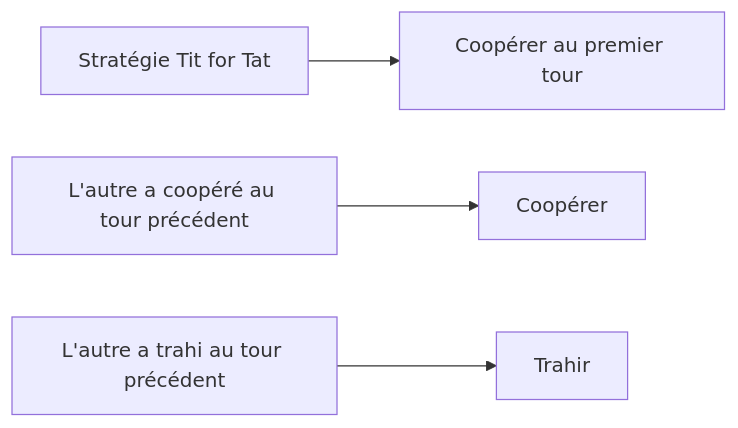
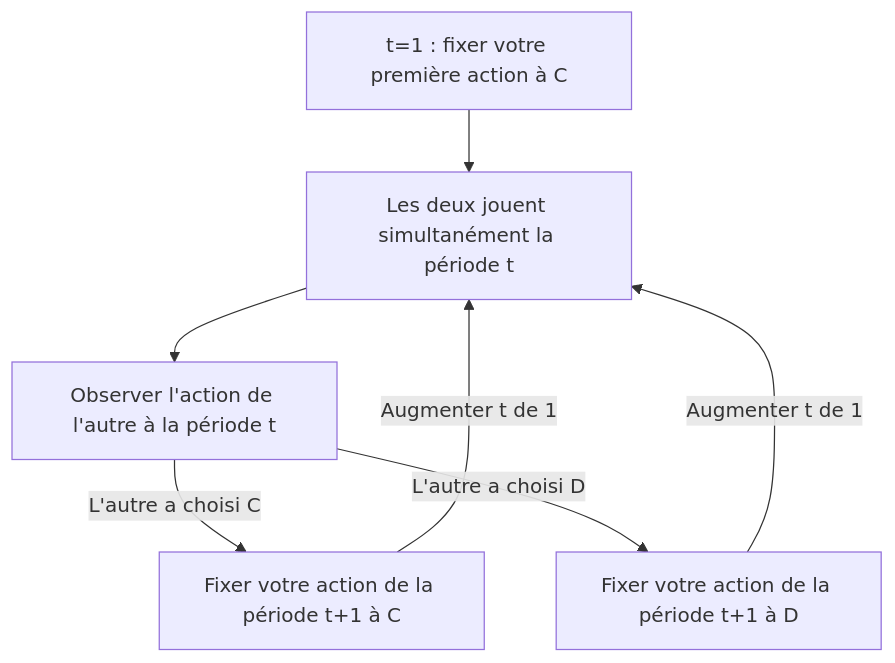
One commit to kenjinote/blog changed the second of 2 diagrams in content/post/paradox-prisoners-dilemma/index.fr.md. Above: the diagram before and after it, drawn with Mermaid. The commit also changed other lines of this file and 9 other files, not shown here.

````diff
--- a/content/post/paradox-prisoners-dilemma/index.fr.md
+++ b/content/post/paradox-prisoners-dilemma/index.fr.md
@@ -106,12 +95,9 @@
 ```mermaid
-graph LR
-    A["Stratégie Tit for Tat"]
-    B["Coopérer au premier tour"]
-    C["L'autre a coopéré au tour précédent"]
-    D["L'autre a trahi au tour précédent"]
-    E["Coopérer"]
-    F["Trahir"]
-    A --> B
-    C --> E
-    D --> F
+graph TD
+    Start["t=1 : fixer votre première action à C"] --> Play["Les deux jouent simultanément la période t"]
+    Play --> Observe["Observer l'action de l'autre à la période t"]
+    Observe -->|"L'autre a choisi C"| NextC["Fixer votre action de la période t+1 à C"]
+    Observe -->|"L'autre a choisi D"| NextD["Fixer votre action de la période t+1 à D"]
+    NextC -->|"Augmenter t de 1"| Play
+    NextD -->|"Augmenter t de 1"| Play
 ```
````
